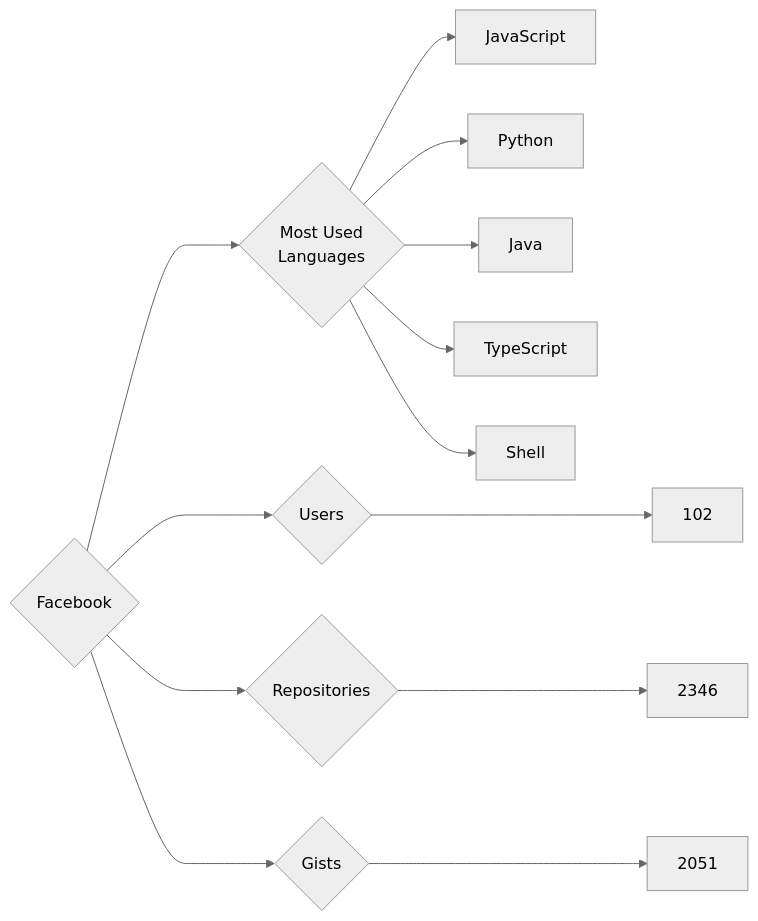
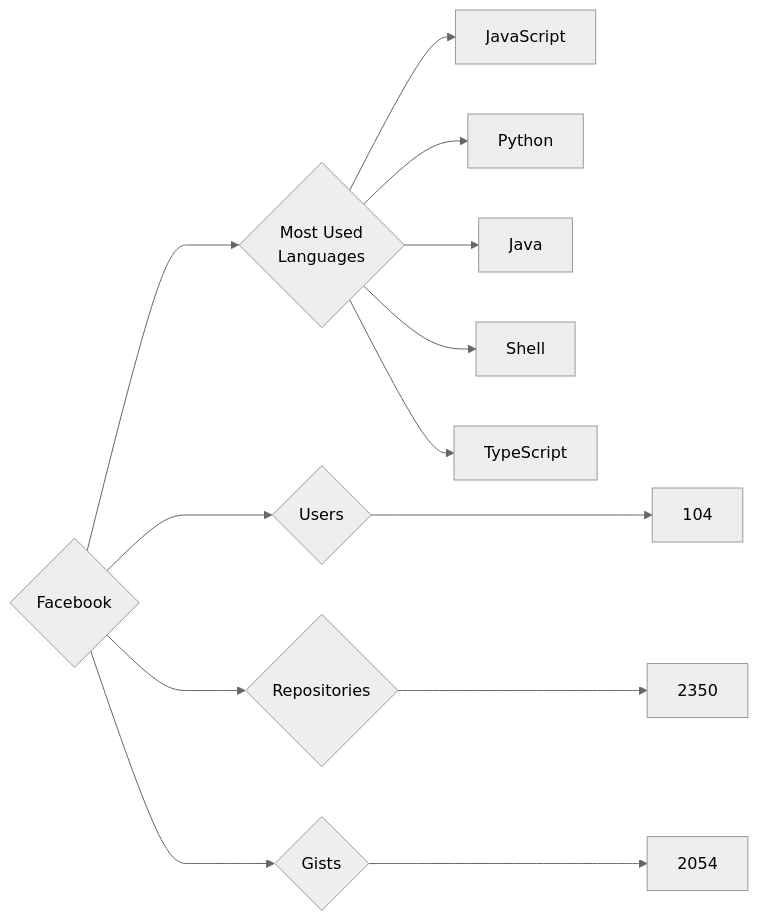
One commit to trickest/insiders changed the diagram in targets/Facebook/README.md. Above: the diagram before and after it, drawn with Mermaid (neutral theme). The commit also changed 1238 other files, not shown here.

````diff
--- a/targets/Facebook/README.md
+++ b/targets/Facebook/README.md
@@ -3,13 +3,13 @@
 ```mermaid
 graph LR
 COMPANY_NAME{Facebook}
-COMPANY_NAME ---> U{Users} ---> UN[102]
-COMPANY_NAME ---> R{Repositories} ---> RN[2346]
-COMPANY_NAME ---> G{Gists} ---> GN[2051]
+COMPANY_NAME ---> U{Users} ---> UN[104]
+COMPANY_NAME ---> R{Repositories} ---> RN[2350]
+COMPANY_NAME ---> G{Gists} ---> GN[2054]
 COMPANY_NAME ---> ML{Most Used<br>Languages}
 ML --> JavaScript[JavaScript]
 ML --> Python[Python]
 ML --> Java[Java]
+ML --> Shell[Shell]
 ML --> TypeScript[TypeScript]
-ML --> Shell[Shell]
 ```
````
